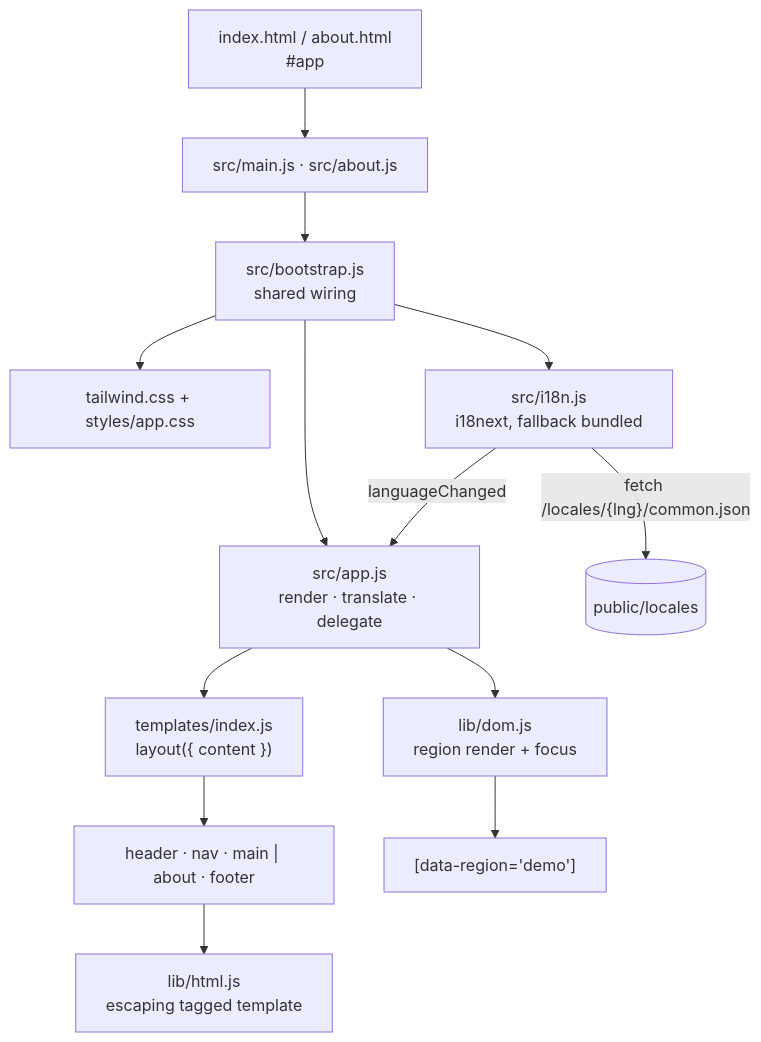
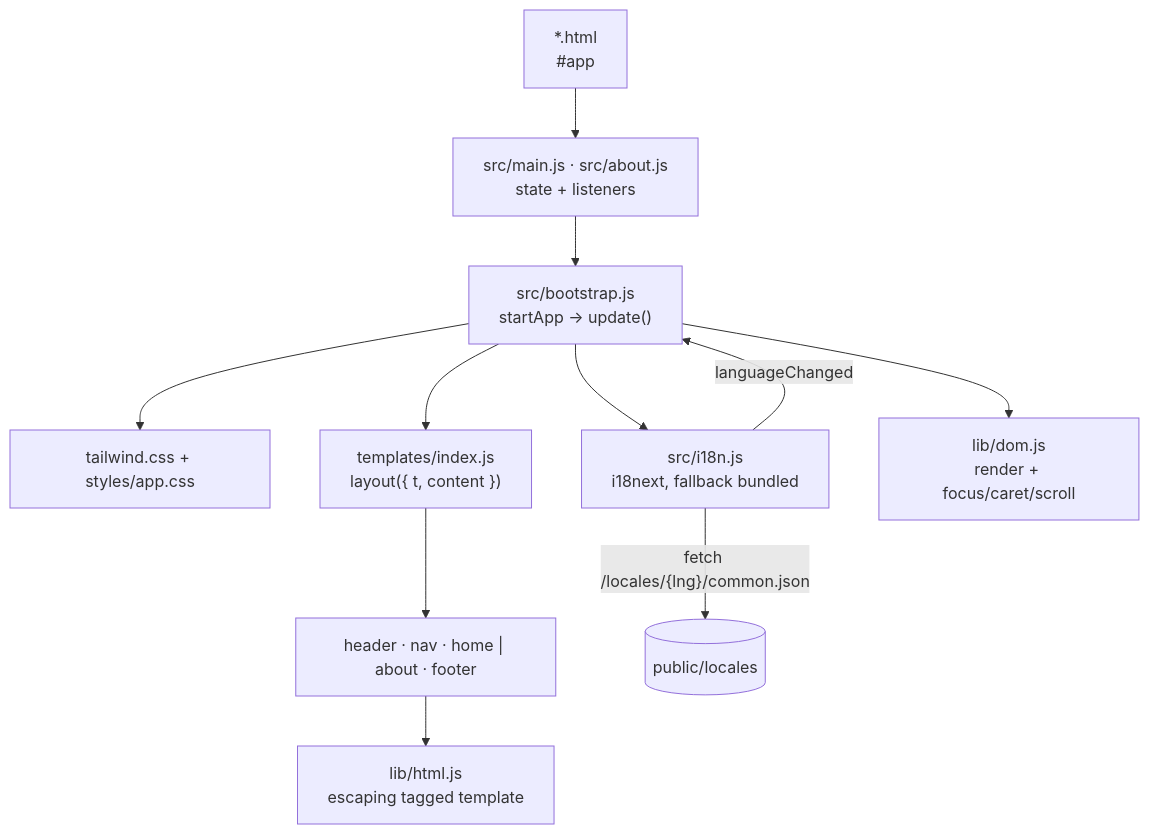
Before and after one commit to eternalvision/vanilla-vite-template: the first of 2 diagrams in docs/architecture.md, drawn with Mermaid. The commit also changed other lines of this file and 32 other files, not shown here.

````diff
--- a/docs/architecture.md
+++ b/docs/architecture.md
@@ -35,15 +35,13 @@
 ```mermaid
 graph TD
-    HTML["index.html / about.html<br/>#app"] --> Entry["src/main.js · src/about.js"]
-    Entry --> Boot["src/bootstrap.js<br/>shared wiring"]
+    HTML["*.html<br/>#app"] --> Entry["src/main.js · src/about.js<br/>state + listeners"]
+    Entry --> Boot["src/bootstrap.js<br/>startApp → update()"]
     Boot --> Styles["tailwind.css + styles/app.css"]
     Boot --> I18n["src/i18n.js<br/>i18next, fallback bundled"]
-    Boot --> App["src/app.js<br/>render · translate · delegate"]
-    App --> Layout["templates/index.js<br/>layout({ content })"]
-    Layout --> Parts["header · nav · main | about · footer"]
+    Boot --> Layout["templates/index.js<br/>layout({ t, content })"]
+    Layout --> Parts["header · nav · home | about · footer"]
     Parts --> HtmlLib["lib/html.js<br/>escaping tagged template"]
-    App --> Dom["lib/dom.js<br/>region render + focus"]
-    Dom --> Region["[data-region='demo']"]
+    Boot --> Dom["lib/dom.js<br/>render + focus/caret/scroll"]
     I18n -->|"fetch /locales/{lng}/common.json"| Locales[("public/locales")]
-    I18n -->|"languageChanged"| App
+    I18n -->|"languageChanged"| Boot
 ```
````
